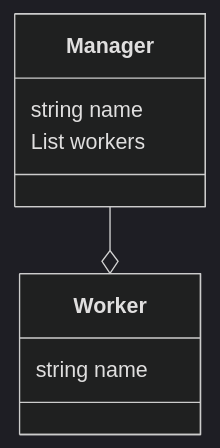
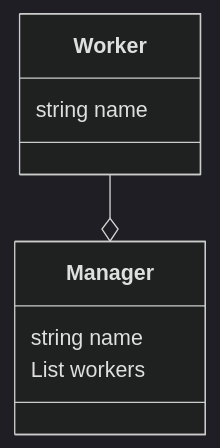
The diagram in Aggregations/Aggregation.md (MehediMayall/uml), drawn with Mermaid (dark theme) before and after one commit. The commit also changed other lines of this file and 4 other files, not shown here.

Commit message:
ATM Operation sequence diagram

````diff
--- a/Aggregations/Aggregation.md
+++ b/Aggregations/Aggregation.md
@@ -7,14 +10,14 @@
 ```mermaid
 
 classDiagram
     class Worker{
         string name
     }
     class Manager{
         string name
         List<Worker> workers
     }
 
-    Manager --o Worker
+    Worker --o Manager
 
 ```
````
